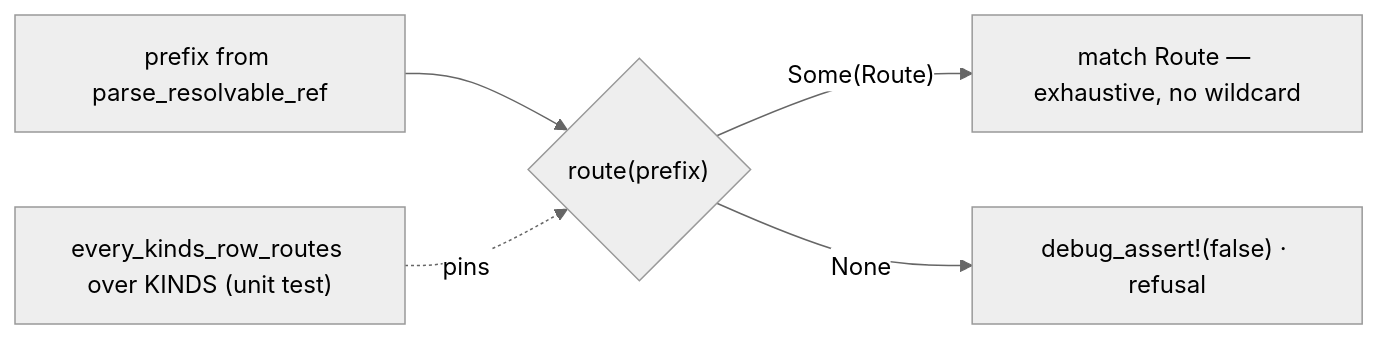
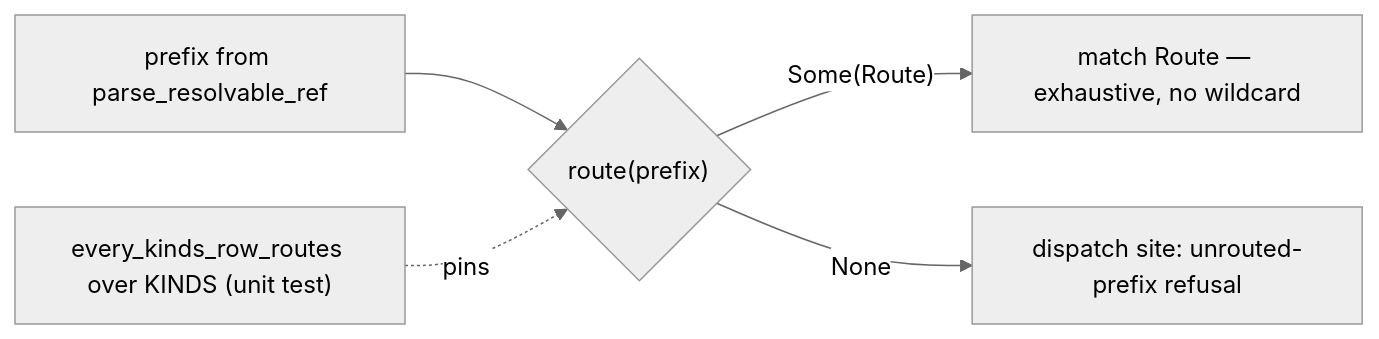
The second of 2 diagrams in .doctrine/slice/265/design.md (davidlee/doctrine), drawn with Mermaid (neutral theme) before and after one commit. The commit also changed other lines of this file and 5 other files, not shown here.

````diff
--- a/.doctrine/slice/265/design.md
+++ b/.doctrine/slice/265/design.md
@@ -156,7 +195,7 @@
 ```mermaid
 flowchart LR
   P["prefix from parse_resolvable_ref"] --> R{"route(prefix)"}
   R -->|"Some(Route)"| M["match Route — exhaustive, no wildcard"]
-  R -->|"None"| DA["debug_assert!(false) · refusal"]
+  R -->|"None"| DA["dispatch site: unrouted-prefix refusal"]
   T["every_kinds_row_routes over KINDS (unit test)"] -.->|"pins"| R
 ```
````
